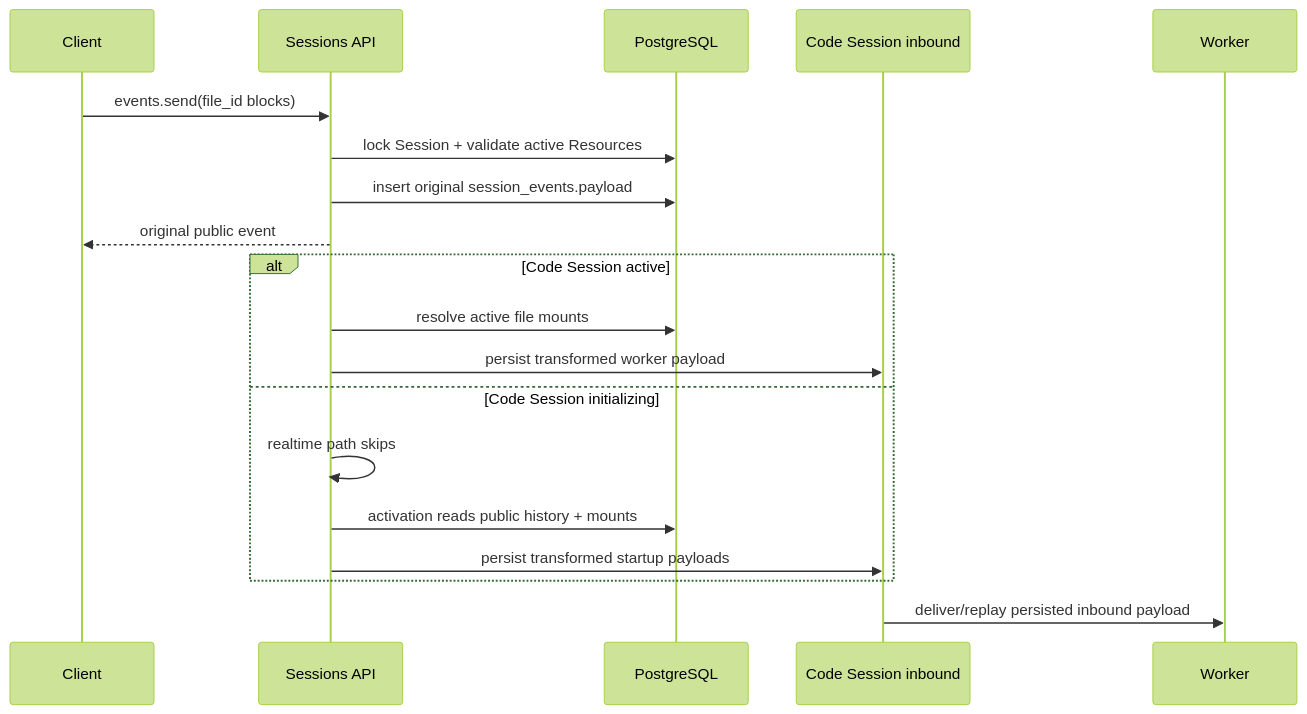
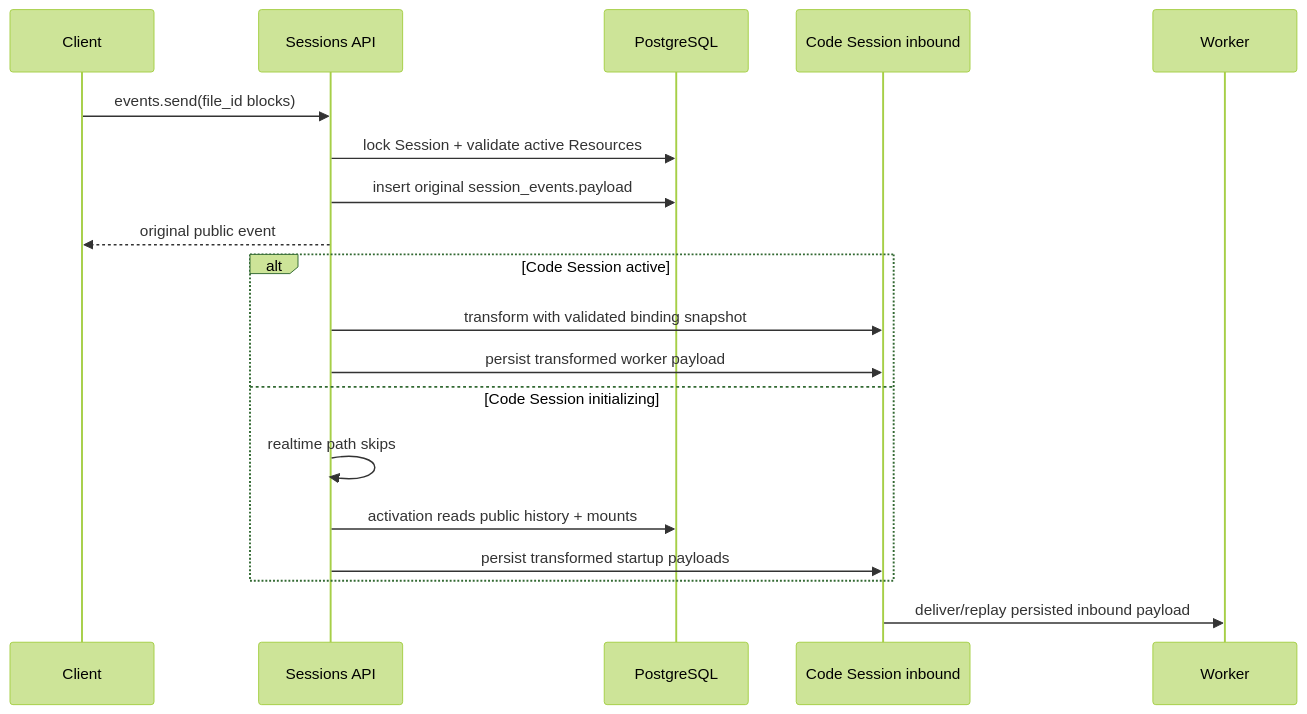
Before and after one commit to superduck-ai/open-managed-agents: the diagram in docs/design/be/session-event-file-references.md, drawn with Mermaid (forest theme). The commit also changed other lines of this file and 17 other files, not shown here.

````diff
--- a/docs/design/be/session-event-file-references.md
+++ b/docs/design/be/session-event-file-references.md
@@ -76,22 +87,22 @@
 ```mermaid
 sequenceDiagram
     participant C as Client
     participant S as Sessions API
     participant DB as PostgreSQL
     participant Q as Code Session inbound
     participant W as Worker
 
     C->>S: events.send(file_id blocks)
     S->>DB: lock Session + validate active Resources
     S->>DB: insert original session_events.payload
     S-->>C: original public event
     alt Code Session active
-        S->>DB: resolve active file mounts
+        S->>Q: transform with validated binding snapshot
         S->>Q: persist transformed worker payload
     else Code Session initializing
         S->>S: realtime path skips
         S->>DB: activation reads public history + mounts
         S->>Q: persist transformed startup payloads
     end
     Q->>W: deliver/replay persisted inbound payload
 ```
````
